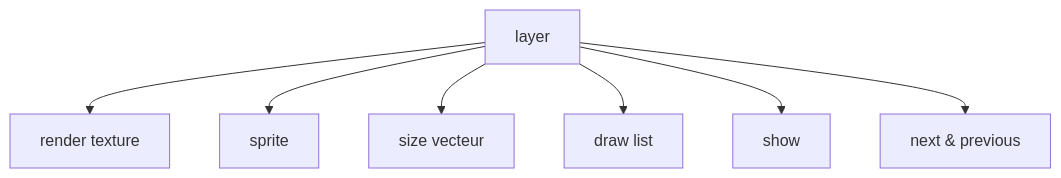
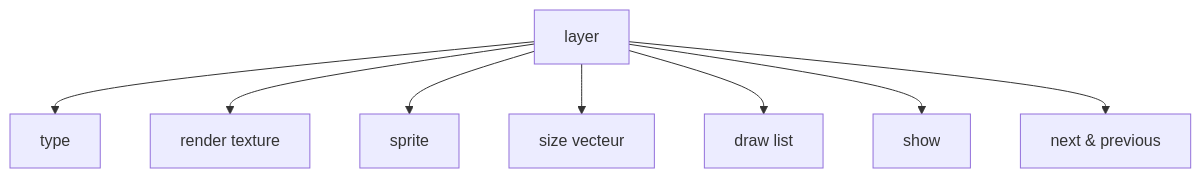
The second of 7 diagrams in lib/my_graphics/README.md (Chi-Iroh/MyRPG), drawn with Mermaid before and after one commit. The commit also changed other lines of this file and 5 other files, not shown here.

Commit message:
[FIX] : lib graphics : Up to Date documentation relative to layer structure

````diff
--- a/lib/my_graphics/README.md
+++ b/lib/my_graphics/README.md
@@ -69,9 +69,10 @@
 ```mermaid
   graph TD;
-    A[layer] --> B[render texture];
-    A --> C[sprite];
-    A --> D[size vecteur];
-    A --> E[draw list];
-    A --> F[show];
-    A --> G[next & previous];
+    A[layer] --> B[type];
+    A --> C[render texture];
+    A --> D[sprite];
+    A --> E[size vecteur];
+    A --> F[draw list];
+    A --> G[show];
+    A --> H[next & previous];
 ```
````
